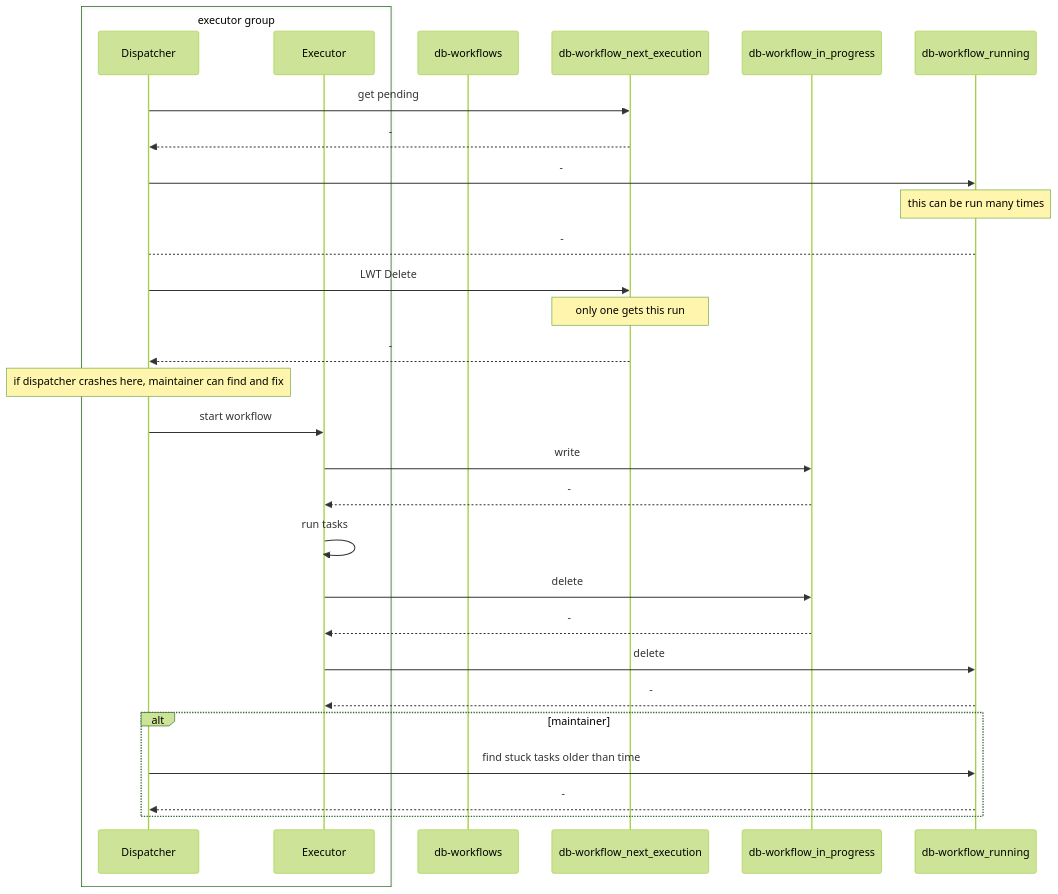
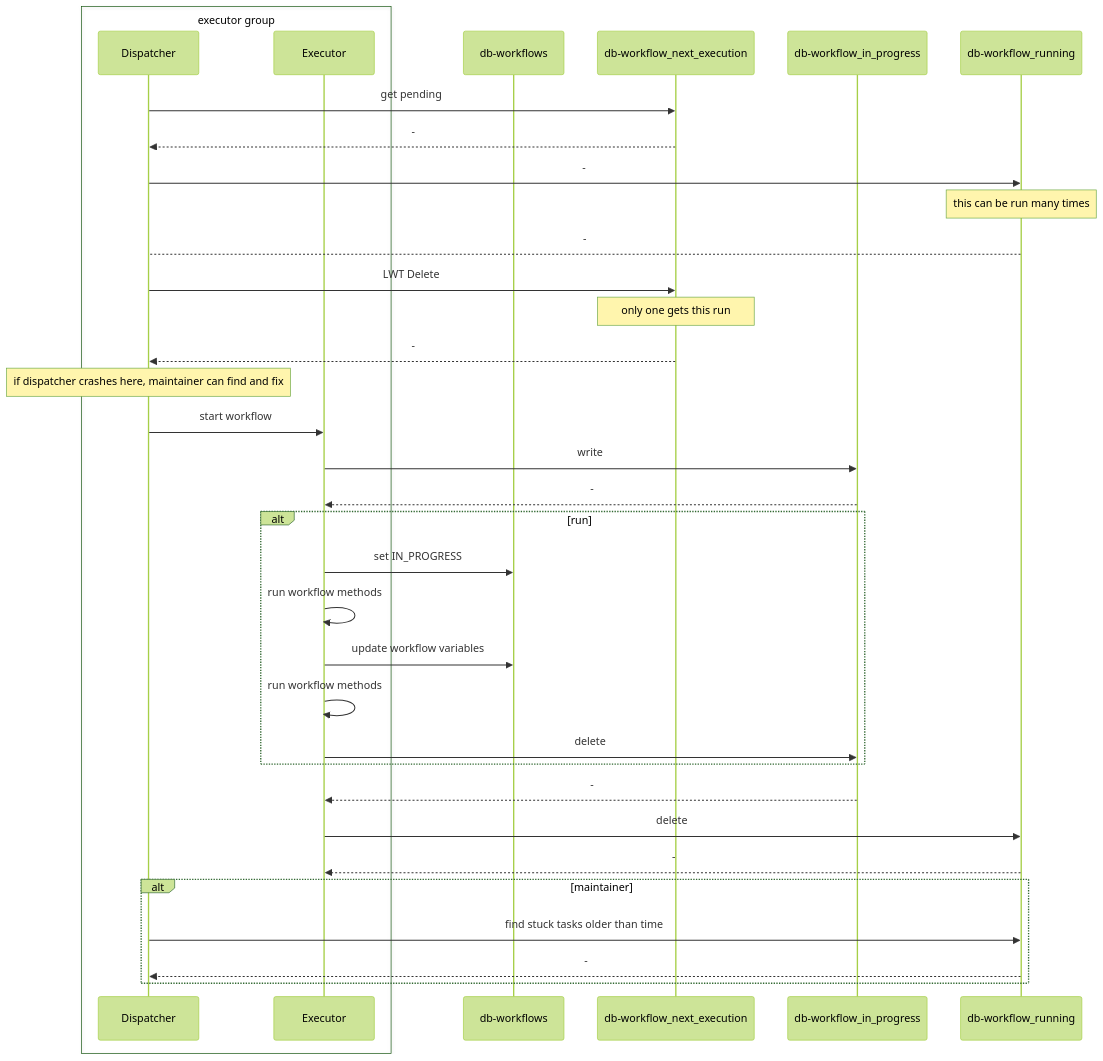
The diagram in docs/flow.mmd (RealZimboGuy/jcasflow), drawn with Mermaid before and after one commit. The commit also changed 9 other files, not shown here.

```diff
--- a/docs/flow.mmd
+++ b/docs/flow.mmd
@@ -1,30 +1,36 @@
 %%{init: {'theme':'forest'}}%%
 sequenceDiagram
     box executor group
     Participant Dispatcher
     Participant Executor
     end
     Participant db-workflows
     Participant db-workflow_next_execution
     Participant db-workflow_in_progress
     Dispatcher->>db-workflow_next_execution: get pending
     db-workflow_next_execution-->>Dispatcher: -
     Dispatcher->>db-workflow_running: -
     note over db-workflow_running: this can be run many times
     db-workflow_running-->Dispatcher: -
     Dispatcher->>db-workflow_next_execution: LWT Delete
     note over db-workflow_next_execution: only one gets this run
     db-workflow_next_execution-->>Dispatcher: -
     note over Dispatcher: if dispatcher crashes here, maintainer can find and fix
     Dispatcher->>Executor: start workflow
     Executor->>db-workflow_in_progress: write
     db-workflow_in_progress-->>Executor: -
-    Executor->>Executor: run tasks
-    Executor->>db-workflow_in_progress: delete
+    alt run
+     Executor->>db-workflows: set IN_PROGRESS
+     Executor->>Executor: run workflow methods
+     Executor->>db-workflows: update workflow variables
+     Executor->>Executor: run workflow methods
+     Executor->>db-workflow_in_progress: delete
+    end
+
     db-workflow_in_progress-->>Executor: -
     Executor->>db-workflow_running: delete
     db-workflow_running-->>Executor: -
     alt maintainer
     Dispatcher->>db-workflow_running:find stuck tasks older than time
     db-workflow_running-->>Dispatcher: -
     end
```
